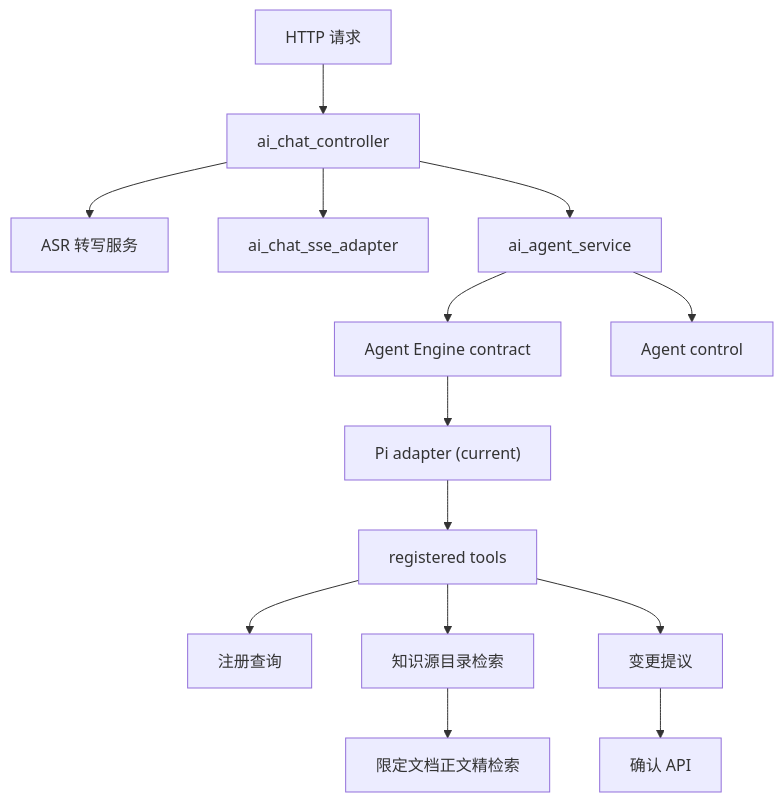
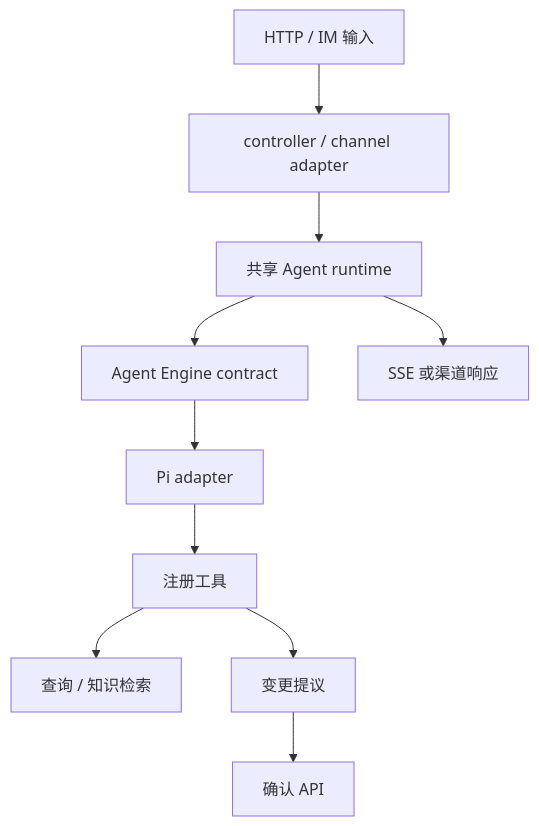
One commit to OSpoon/api-starter-kit changed the diagram in docs/ai-assistant-architecture.md. Above: the diagram before and after it, drawn with Mermaid. The commit also changed other lines of this file and 27 other files, not shown here.

Commit message:
docs: refactor project documentation and diagrams

````diff
--- a/docs/ai-assistant-architecture.md
+++ b/docs/ai-assistant-architecture.md
@@ -7,16 +7,12 @@
 ```mermaid
 flowchart TB
-  A["HTTP 请求"] --> B["ai_chat_controller"]
-  B --> ASR["ASR 转写服务"]
-  B --> C["ai_chat_sse_adapter"]
-  B --> D["ai_agent_service"]
-  D --> E["Agent Engine contract"]
-  E --> P["Pi adapter (current)"]
-  P --> F["registered tools"]
-  F --> G["注册查询"]
-  F --> H["知识源目录检索"]
-  H --> H2["限定文档正文精检索"]
-  F --> I["变更提议"]
-  I --> J["确认 API"]
-  D --> K["Agent control"]
+  A["HTTP / IM 输入"] --> B["controller / channel adapter"]
+  B --> C["共享 Agent runtime"]
+  C --> D["Agent Engine contract"]
+  D --> E["Pi adapter"]
+  E --> F["注册工具"]
+  F --> G["查询 / 知识检索"]
+  F --> H["变更提议"]
+  H --> I["确认 API"]
+  C --> J["SSE 或渠道响应"]
 ```
````
